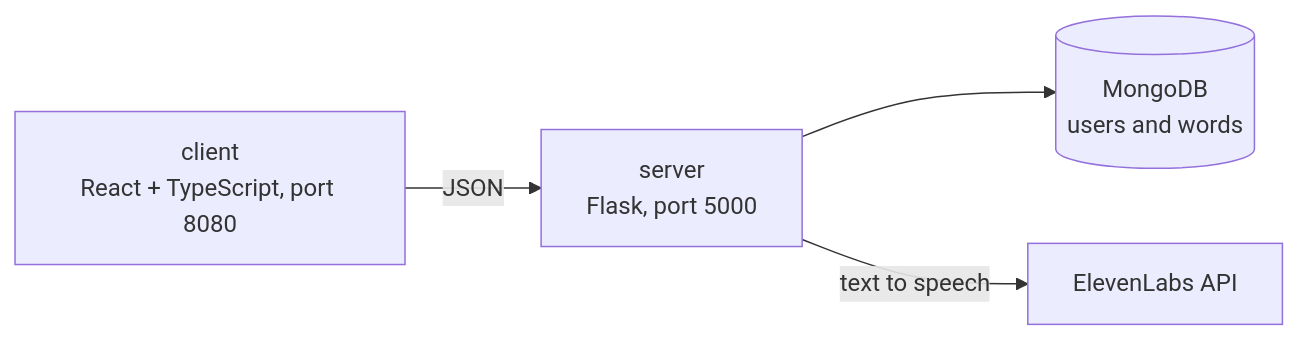
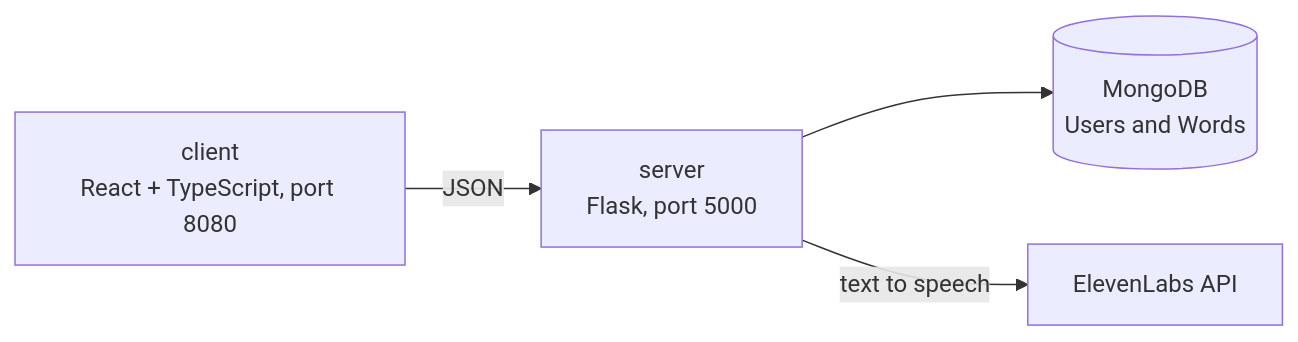
One commit to gabeparra/Margot.AI changed the diagram in README.md. Above: the diagram before and after it, drawn with Mermaid. The commit also changed other lines of this file and 2 other files, not shown here.

````diff
--- a/README.md
+++ b/README.md
@@ -13,6 +33,6 @@
 ```mermaid
 flowchart LR
   C["client<br/>React + TypeScript, port 8080"] -->|"JSON"| S["server<br/>Flask, port 5000"]
-  S --> M[("MongoDB<br/>users and words")]
+  S --> M[("MongoDB<br/>Users and Words")]
   S -->|"text to speech"| E["ElevenLabs API"]
 ```
````
